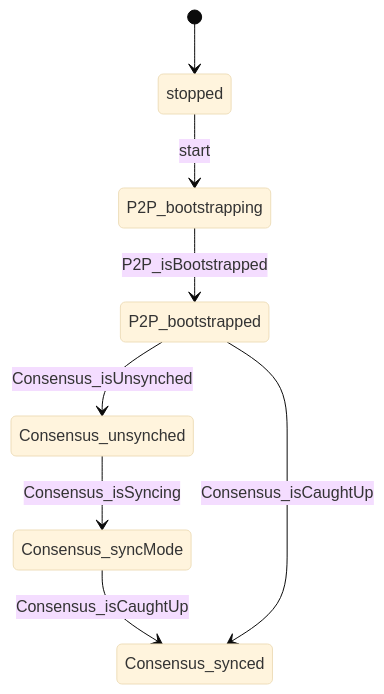
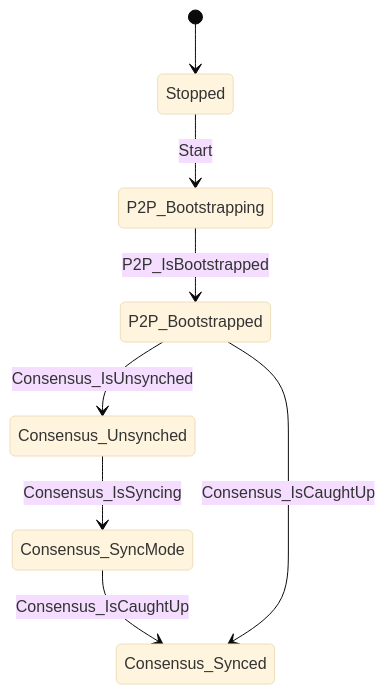
Before and after one commit to pokt-network/pocket: the diagram in state_machine/docs/state-machine.diagram.md, drawn with Mermaid (base theme). The commit also changed 8 other files, not shown here.

````diff
--- a/state_machine/docs/state-machine.diagram.md
+++ b/state_machine/docs/state-machine.diagram.md
@@ -5,10 +5,10 @@
 ```mermaid
 stateDiagram-v2
-    [*] --> stopped
-    Consensus_syncMode --> Consensus_synced: Consensus_isCaughtUp
-    Consensus_unsynched --> Consensus_syncMode: Consensus_isSyncing
-    P2P_bootstrapped --> Consensus_synced: Consensus_isCaughtUp
-    P2P_bootstrapped --> Consensus_unsynched: Consensus_isUnsynched
-    P2P_bootstrapping --> P2P_bootstrapped: P2P_isBootstrapped
-    stopped --> P2P_bootstrapping: start
+    [*] --> Stopped
+    Consensus_SyncMode --> Consensus_Synced: Consensus_IsCaughtUp
+    Consensus_Unsynched --> Consensus_SyncMode: Consensus_IsSyncing
+    P2P_Bootstrapped --> Consensus_Synced: Consensus_IsCaughtUp
+    P2P_Bootstrapped --> Consensus_Unsynched: Consensus_IsUnsynched
+    P2P_Bootstrapping --> P2P_Bootstrapped: P2P_IsBootstrapped
+    Stopped --> P2P_Bootstrapping: Start
 ```
````
